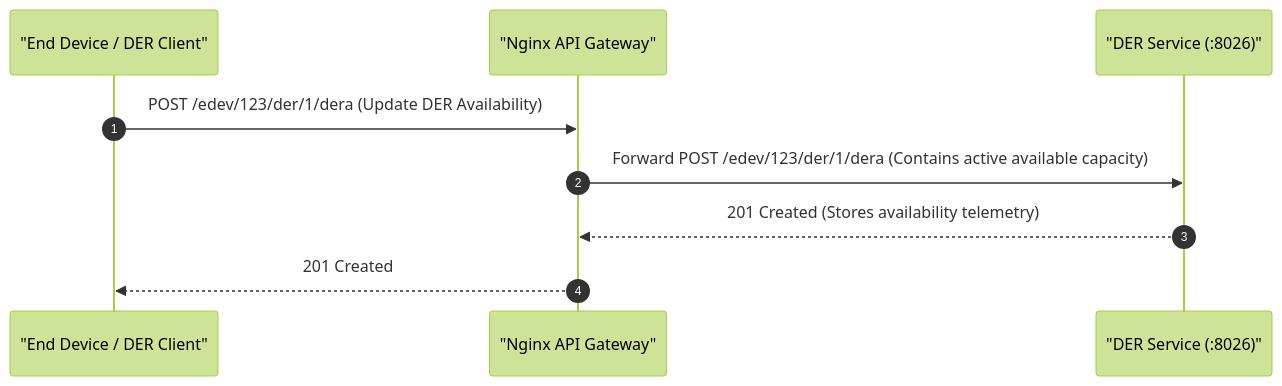
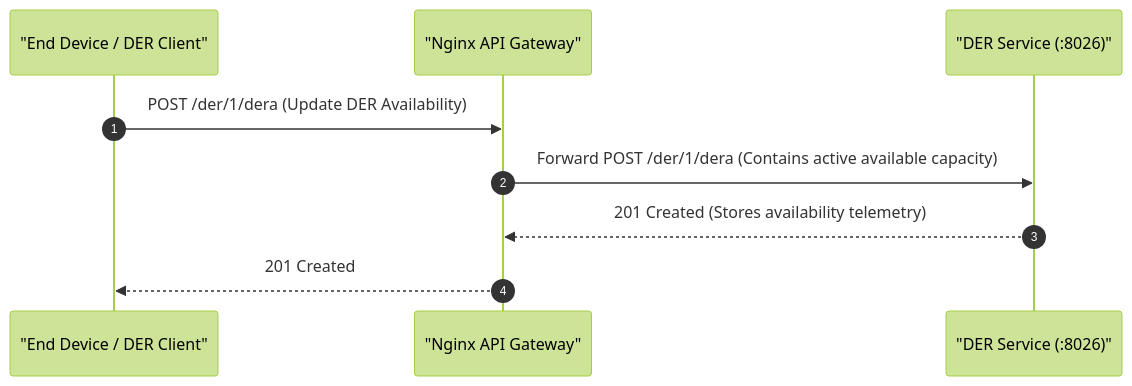
One commit to Tylores/egot changed the fourth of 5 diagrams in lifecycles/reserve.md. Above: the diagram before and after it, drawn with Mermaid (forest theme). The commit also changed other lines of this file and 18 other files, not shown here.

````diff
--- a/lifecycles/reserve.md
+++ b/lifecycles/reserve.md
@@ -83,12 +83,12 @@
 ```mermaid
 sequenceDiagram
     autonumber
     participant Client as "End Device / DER Client"
     participant GW as "Nginx API Gateway"
     participant DER as "DER Service (:8026)"
 
-    Client->>GW: POST /edev/123/der/1/dera (Update DER Availability)
-    GW->>DER: Forward POST /edev/123/der/1/dera (Contains active available capacity)
+    Client->>GW: POST /der/1/dera (Update DER Availability)
+    GW->>DER: Forward POST /der/1/dera (Contains active available capacity)
     DER-->>GW: 201 Created (Stores availability telemetry)
     GW-->>Client: 201 Created
 ```
````
